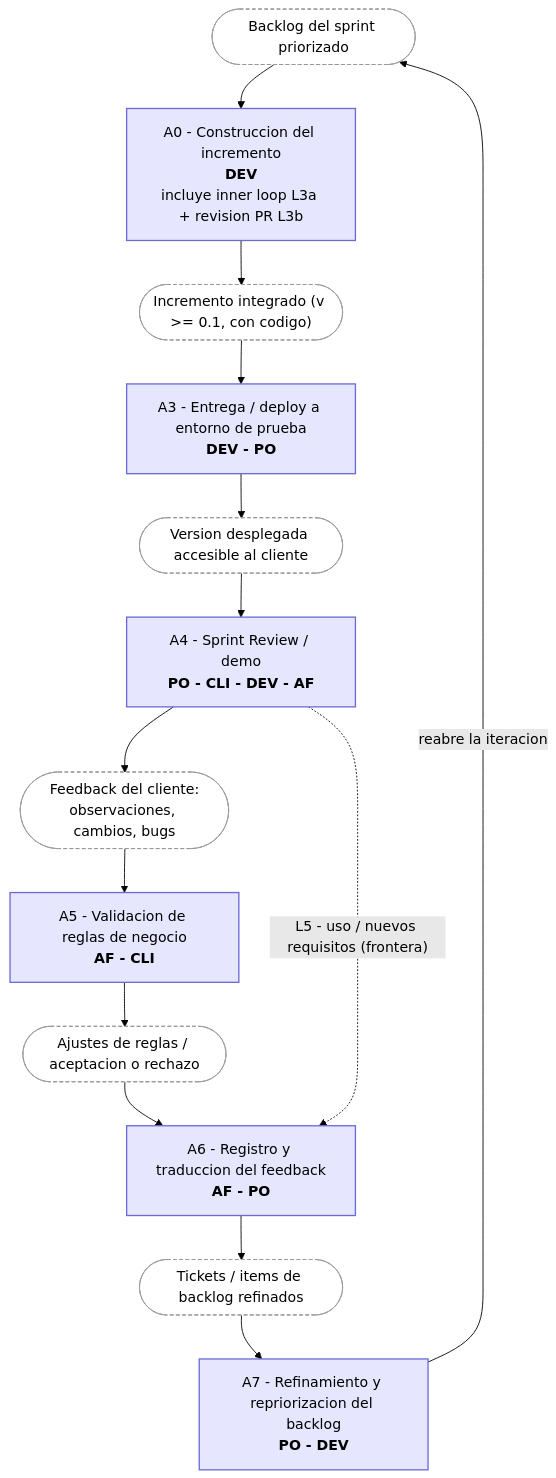
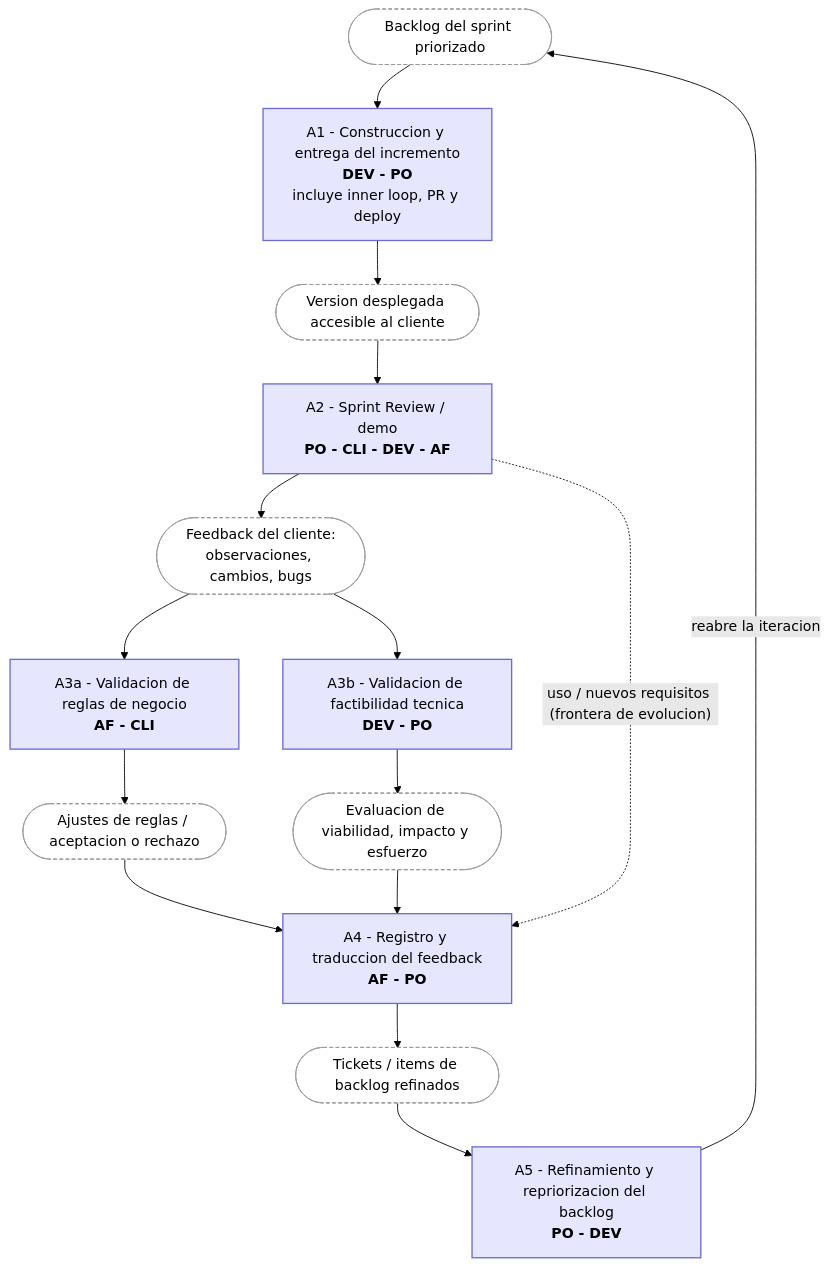
One commit to vickychappuis/Tesis changed the diagram in sprint 14/MARCO_PROCESO_FEEDBACK.md. Above: the diagram before and after it, drawn with Mermaid (forest theme). The commit also changed other lines of this file and 1 other file, not shown here.

First line of the commit message:
sprint 14: fusionar construccion+deploy y agregar validacion de factibilidad tecnica

````diff
--- a/sprint 14/MARCO_PROCESO_FEEDBACK.md
+++ b/sprint 14/MARCO_PROCESO_FEEDBACK.md
@@ -36,22 +38,25 @@
 ```mermaid
 flowchart TD
     classDef act fill:#e6e6ff,stroke:#6b6bd6,stroke-width:1.5px,color:#000;
     classDef art fill:#ffffff,stroke:#999,stroke-dasharray:4 3,color:#000;
 
     BL(["Backlog del sprint priorizado"]):::art
-    A0["A0 - Construccion del incremento<br/><b>DEV</b><br/>incluye inner loop L3a + revision PR L3b"]:::act
-    INC(["Incremento integrado (v >= 0.1, con codigo)"]):::art
-    A3["A3 - Entrega / deploy a entorno de prueba<br/><b>DEV - PO</b>"]:::act
+    A1["A1 - Construccion y entrega del incremento<br/><b>DEV - PO</b><br/>incluye inner loop, PR y deploy"]:::act
     VER(["Version desplegada accesible al cliente"]):::art
-    A4["A4 - Sprint Review / demo<br/><b>PO - CLI - DEV - AF</b>"]:::act
+    A2["A2 - Sprint Review / demo<br/><b>PO - CLI - DEV - AF</b>"]:::act
     FBK(["Feedback del cliente:<br/>observaciones, cambios, bugs"]):::art
-    A5["A5 - Validacion de reglas de negocio<br/><b>AF - CLI</b>"]:::act
+    A3a["A3a - Validacion de reglas de negocio<br/><b>AF - CLI</b>"]:::act
+    A3b["A3b - Validacion de factibilidad tecnica<br/><b>DEV - PO</b>"]:::act
     AJU(["Ajustes de reglas / aceptacion o rechazo"]):::art
-    A6["A6 - Registro y traduccion del feedback<br/><b>AF - PO</b>"]:::act
+    FAC(["Evaluacion de viabilidad, impacto y esfuerzo"]):::art
+    A4["A4 - Registro y traduccion del feedback<br/><b>AF - PO</b>"]:::act
     TIC(["Tickets / items de backlog refinados"]):::art
-    A7["A7 - Refinamiento y repriorizacion del backlog<br/><b>PO - DEV</b>"]:::act
+    A5["A5 - Refinamiento y repriorizacion del backlog<br/><b>PO - DEV</b>"]:::act
 
-    BL --> A0 --> INC --> A3 --> VER --> A4 --> FBK --> A5 --> AJU --> A6 --> TIC --> A7
-    A7 -->|"reabre la iteracion"| BL
-    A4 -.->|"L5 - uso / nuevos requisitos (frontera)"| A6
+    BL --> A1 --> VER --> A2 --> FBK
+    FBK --> A3a --> AJU --> A4
+    FBK --> A3b --> FAC --> A4
+    A4 --> TIC --> A5
+    A5 -->|"reabre la iteracion"| BL
+    A2 -.->|"uso / nuevos requisitos (frontera de evolucion)"| A4
 ```
````
